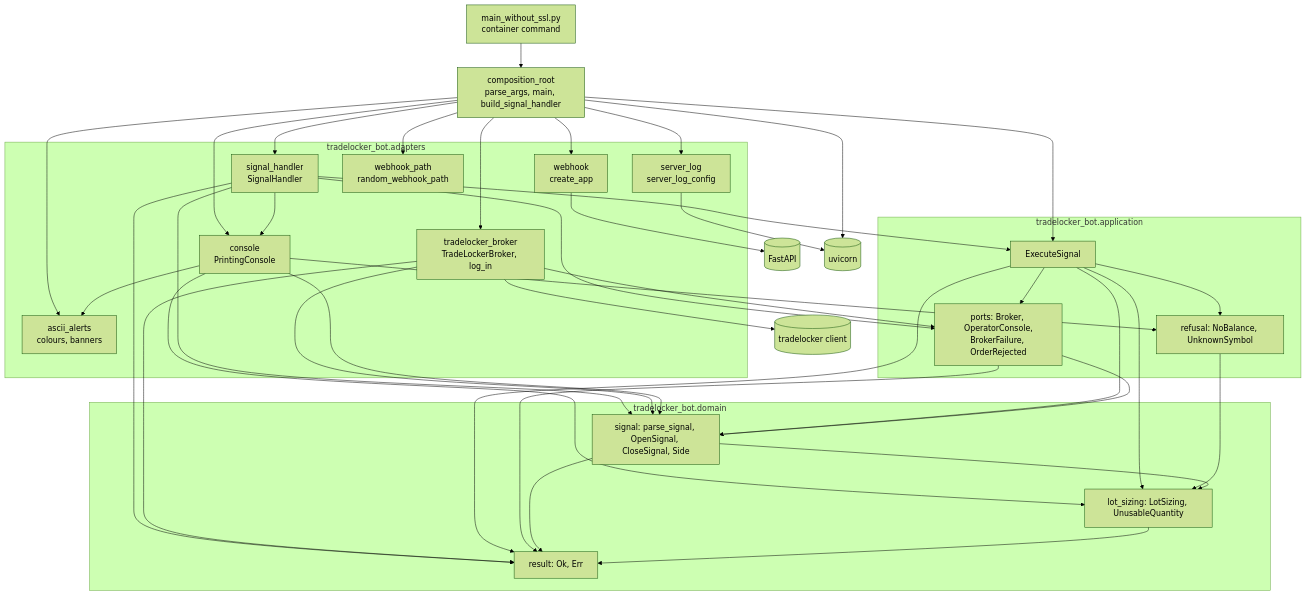
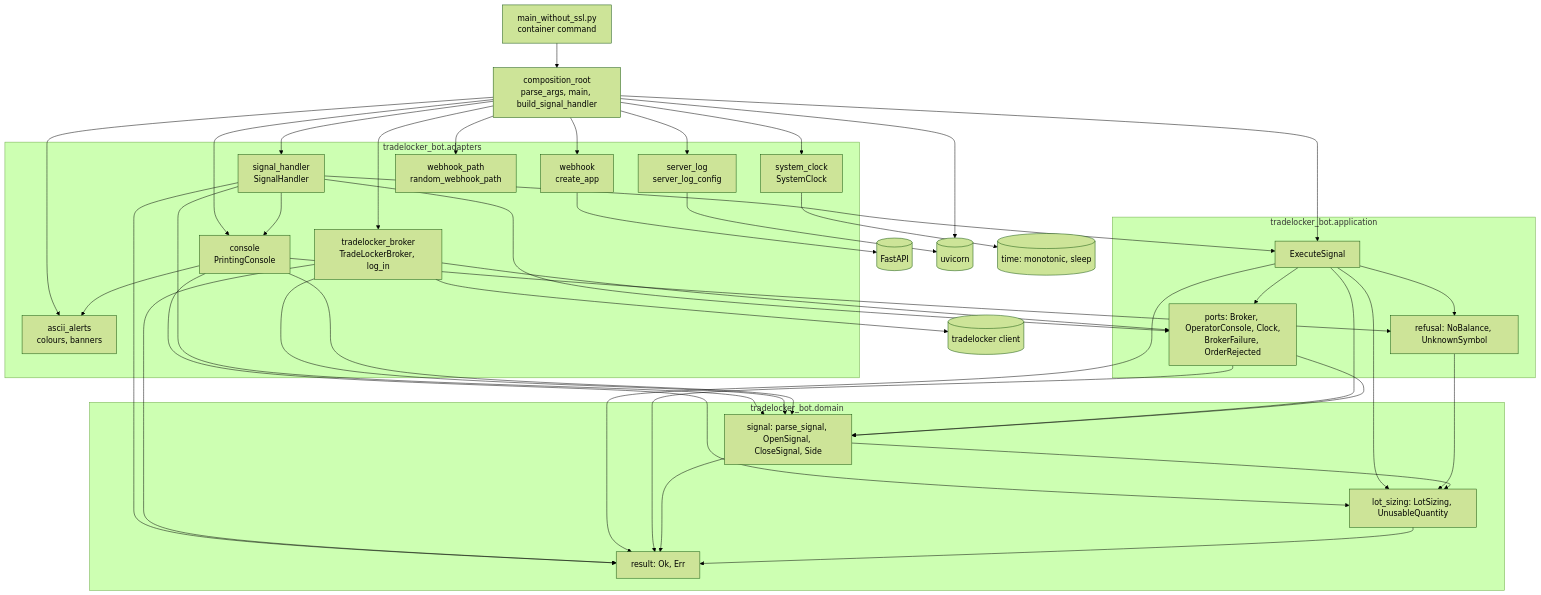
One commit to Akinzou/TradeLockerBot changed the first of 6 diagrams in docs/architecture.md. Above: the diagram before and after it, drawn with Mermaid (forest theme). The commit also changed other lines of this file and 17 other files, not shown here.

````diff
--- a/docs/architecture.md
+++ b/docs/architecture.md
@@ -35,38 +35,40 @@
 ```mermaid
 flowchart TB
     EP[main_without_ssl.py<br/>container command]
     CR[composition_root<br/>parse_args, main, build_signal_handler]
     subgraph adapters [tradelocker_bot.adapters]
         WH[webhook<br/>create_app]
         SL[server_log<br/>server_log_config]
         SH[signal_handler<br/>SignalHandler]
         TLB[tradelocker_broker<br/>TradeLockerBroker, log_in]
         PC[console<br/>PrintingConsole]
+        SC[system_clock<br/>SystemClock]
         AA[ascii_alerts<br/>colours, banners]
         WP[webhook_path<br/>random_webhook_path]
     end
     subgraph application [tradelocker_bot.application]
         ES[ExecuteSignal]
-        PORTS[ports: Broker, OperatorConsole,<br/>BrokerFailure, OrderRejected]
+        PORTS[ports: Broker, OperatorConsole, Clock,<br/>BrokerFailure, OrderRejected]
         REF[refusal: NoBalance, UnknownSymbol]
     end
     subgraph domain [tradelocker_bot.domain]
         SIG[signal: parse_signal, OpenSignal, CloseSignal, Side]
         LS[lot_sizing: LotSizing, UnusableQuantity]
         RES[result: Ok, Err]
     end
     EP --> CR
-    CR --> WH & SL & SH & TLB & PC & AA & WP & ES
+    CR --> WH & SL & SH & TLB & PC & SC & AA & WP & ES
     SH --> PC & ES & PORTS & RES & SIG
     TLB --> PORTS & RES & SIG
     PC --> AA & REF & LS & SIG
     ES --> PORTS & REF & LS & RES & SIG
     PORTS --> RES & SIG
     REF --> LS
     SIG --> LS & RES
     LS --> RES
     WH --> FASTAPI[(FastAPI)]
     CR --> UVICORN[(uvicorn)]
     SL --> UVICORN
     TLB --> CLIENT[(tradelocker client)]
+    SC --> TIME[(time: monotonic, sleep)]
 ```
````
